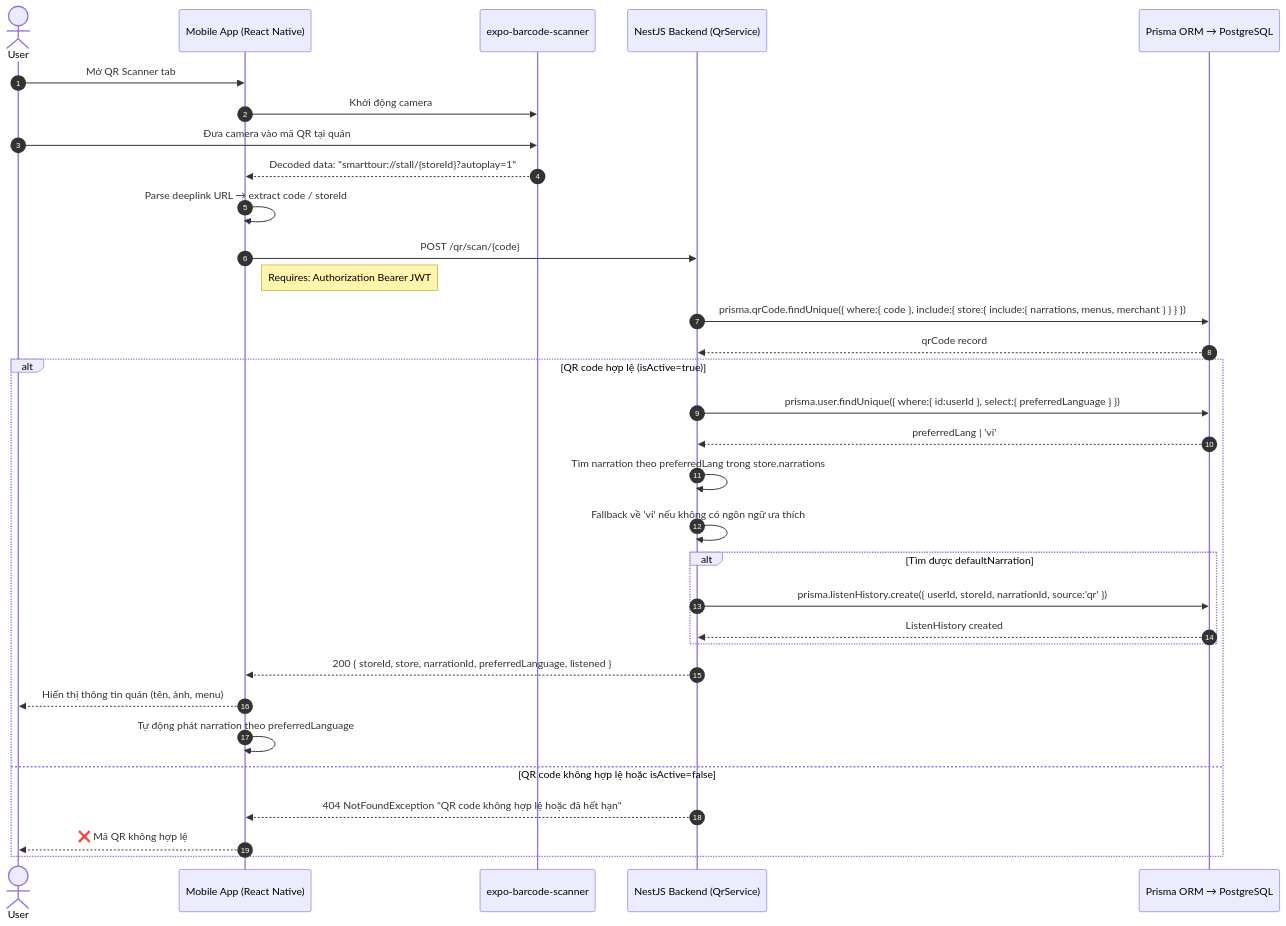
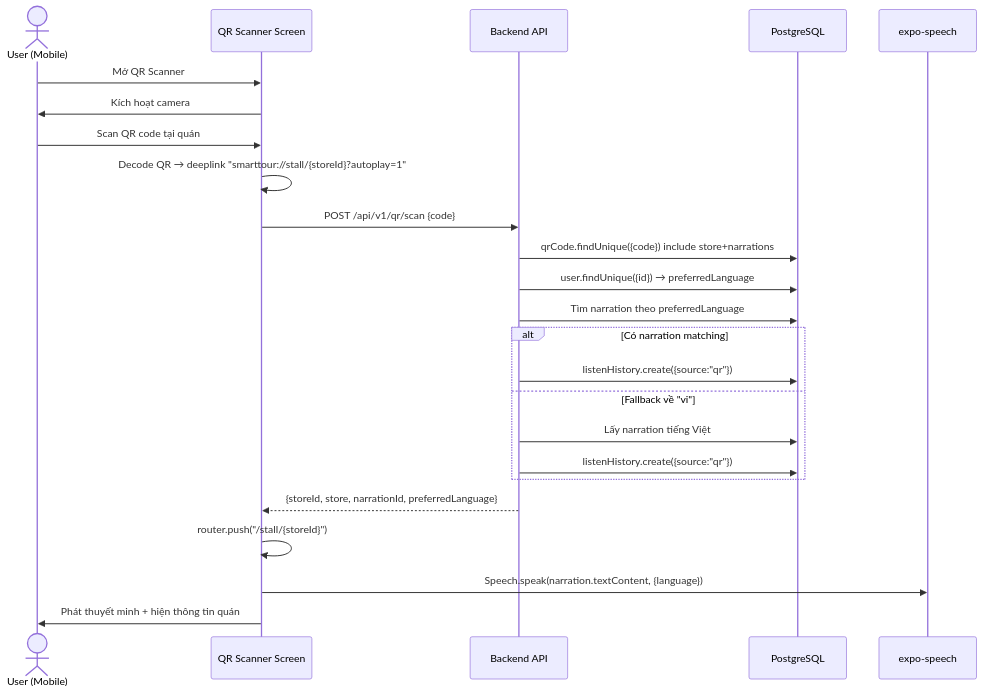
The fifth of 14 diagrams in docs/diagrams.md (thankhanh/Seminar_sgu), drawn with Mermaid before and after one commit. The commit also changed other lines of this file and 3 other files, not shown here.

````diff
--- a/docs/diagrams.md
+++ b/docs/diagrams.md
@@ -217,40 +338,29 @@
 ```mermaid
 sequenceDiagram
-    autonumber
-    actor U as User
-    participant App as Mobile App (React Native)
-    participant Cam as expo-barcode-scanner
-    participant API as NestJS Backend (QrService)
-    participant DB as Prisma ORM → PostgreSQL
+    actor U as User (Mobile)
+    participant App as QR Scanner Screen
+    participant API as Backend API
+    participant DB as PostgreSQL
+    participant TTS as expo-speech
 
-    U->>App: Mở QR Scanner tab
-    App->>Cam: Khởi động camera
-    U->>Cam: Đưa camera vào mã QR tại quán
-    Cam-->>App: Decoded data: "smarttour://stall/{storeId}?autoplay=1"
+    U->>App: Mở QR Scanner
+    App->>U: Kích hoạt camera
+    U->>App: Scan QR code tại quán
+    App->>App: Decode QR → deeplink "smarttour://stall/{storeId}?autoplay=1"
 
-    App->>App: Parse deeplink URL → extract code / storeId
-    App->>API: POST /qr/scan/{code}
-    Note right of App: Requires: Authorization Bearer JWT
+    App->>API: POST /api/v1/qr/scan {code}
+    API->>DB: qrCode.findUnique({code}) include store+narrations
+    API->>DB: user.findUnique({id}) → preferredLanguage
+    API->>DB: Tìm narration theo preferredLanguage
+    alt Có narration matching
+        API->>DB: listenHistory.create({source:"qr"})
+    else Fallback về "vi"
+        API->>DB: Lấy narration tiếng Việt
+        API->>DB: listenHistory.create({source:"qr"})
+    end
+    API-->>App: {storeId, store, narrationId, preferredLanguage}
 
-    API->>DB: prisma.qrCode.findUnique({ where:{ code }, include:{ store:{ include:{ narrations, menus, merchant } } } })
-    DB-->>API: qrCode record
-
-    alt QR code hợp lệ (isActive=true)
-        API->>DB: prisma.user.findUnique({ where:{ id:userId }, select:{ preferredLanguage } })
-        DB-->>API: preferredLang | 'vi'
-        API->>API: Tìm narration theo preferredLang trong store.narrations
-        API->>API: Fallback về 'vi' nếu không có ngôn ngữ ưa thích
-
-        alt Tìm được defaultNarration
-            API->>DB: prisma.listenHistory.create({ userId, storeId, narrationId, source:'qr' })
-            DB-->>API: ListenHistory created
-        end
-
-        API-->>App: 200 { storeId, store, narrationId, preferredLanguage, listened }
-        App-->>U: Hiển thị thông tin quán (tên, ảnh, menu)
-        App->>App: Tự động phát narration theo preferredLanguage
-    else QR code không hợp lệ hoặc isActive=false
-        API-->>App: 404 NotFoundException "QR code không hợp lệ hoặc đã hết hạn"
-        App-->>U: ❌ Mã QR không hợp lệ
-    end
+    App->>App: router.push("/stall/{storeId}")
+    App->>TTS: Speech.speak(narration.textContent, {language})
+    App->>U: Phát thuyết minh + hiện thông tin quán
 ```
````
